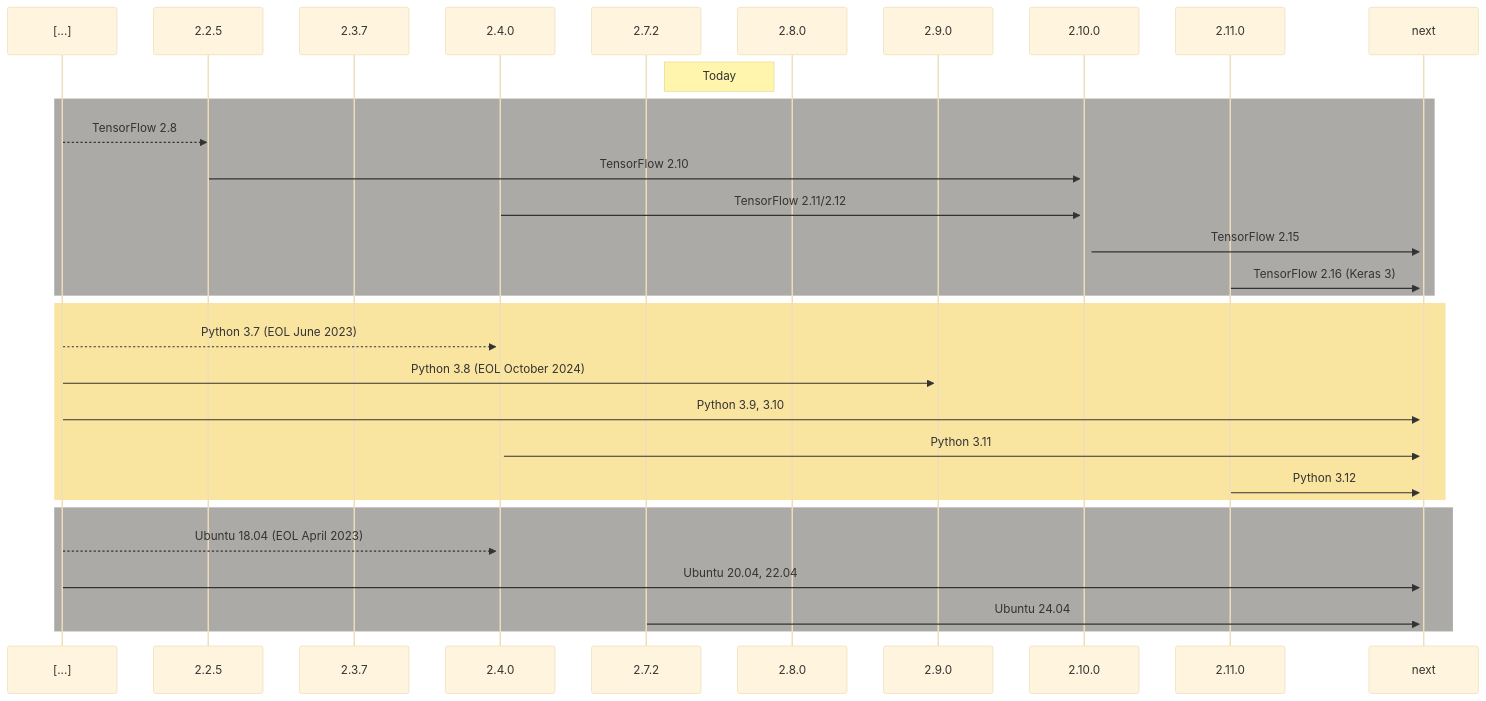
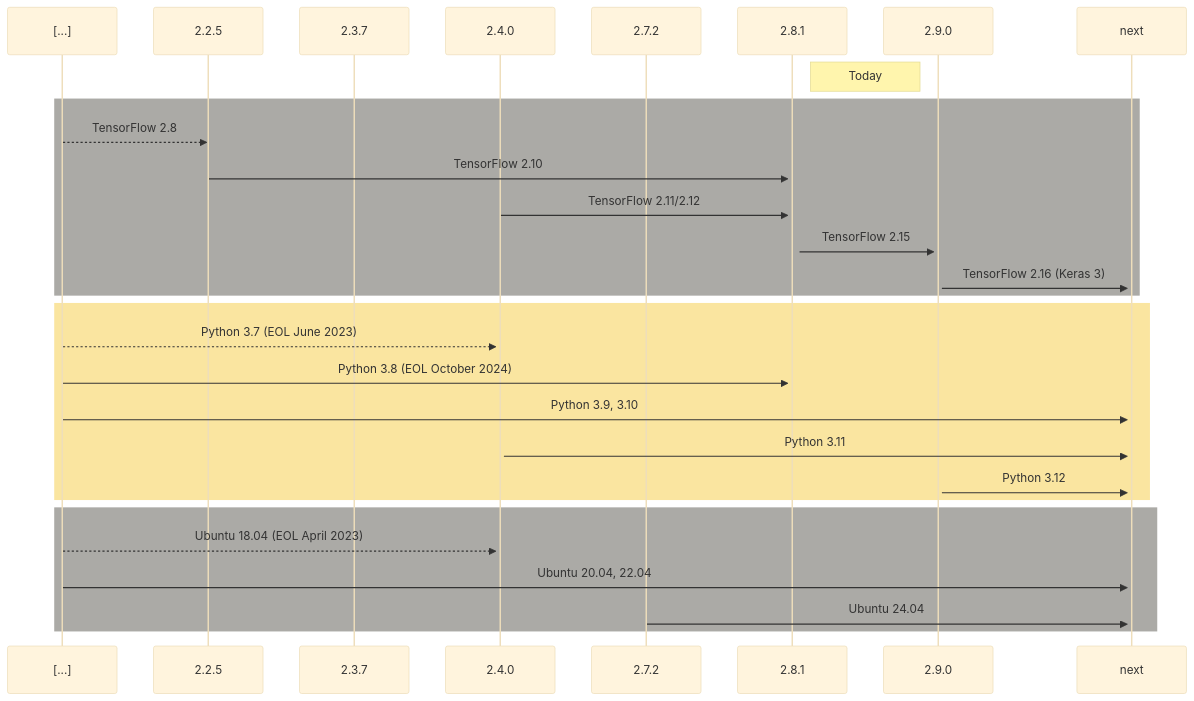
Before and after one commit to Brainchip-Inc/akida_examples: the diagram in README.md, drawn with Mermaid.

Commit message:
chore(README): update mermaid chart

````diff
--- a/README.md
+++ b/README.md
@@ -58,34 +58,32 @@
 ```mermaid
 sequenceDiagram
     participant [...]
     participant 2.2.5
     participant 2.3.7
     participant 2.4.0
     participant 2.7.2
-    participant 2.8.0
+    participant 2.8.1
     participant 2.9.0
-    participant 2.10.0
-    participant 2.11.0
     participant next
-    Note right of 2.7.2: Today
+    Note right of 2.8.1: Today
 rect rgb(171, 170, 166)
     [...]-->>2.2.5: TensorFlow 2.8
-    2.2.5->>+2.10.0: TensorFlow 2.10
-    2.4.0->>+2.10.0: TensorFlow 2.11/2.12
-    2.10.0->>+next: TensorFlow 2.15
-    2.11.0->>+next: TensorFlow 2.16 (Keras 3)
+    2.2.5->>+2.8.1: TensorFlow 2.10
+    2.4.0->>+2.8.1: TensorFlow 2.11/2.12
+    2.8.1->>+2.9.0: TensorFlow 2.15
+    2.9.0->>+next: TensorFlow 2.16 (Keras 3)
 end
 rect rgb(250, 229, 160)
     [...]-->>+2.4.0: Python 3.7 (EOL June 2023)
-    [...]->>+2.9.0: Python 3.8 (EOL October 2024)
+    [...]->>+2.8.1: Python 3.8 (EOL October 2024)
     [...]->>+next: Python 3.9, 3.10
     2.4.0->>+next: Python 3.11
-    2.11.0->>+next: Python 3.12
+    2.9.0->>+next: Python 3.12
 end
 rect rgb(171, 170, 166)
     [...]-->>+2.4.0: Ubuntu 18.04 (EOL April 2023)
     [...]->>+next: Ubuntu 20.04, 22.04
     2.7.2->>+next: Ubuntu 24.04
 end
 %%{init:{'theme':'base'}}%%
 ```
````
